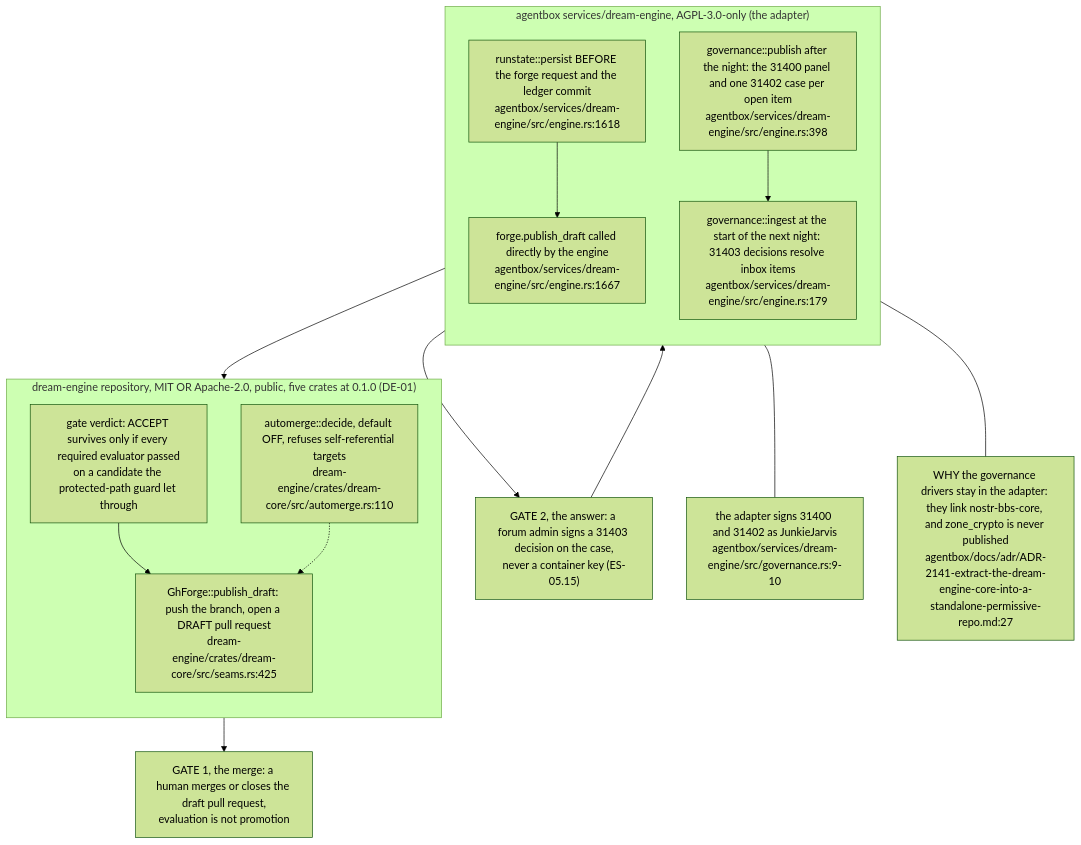
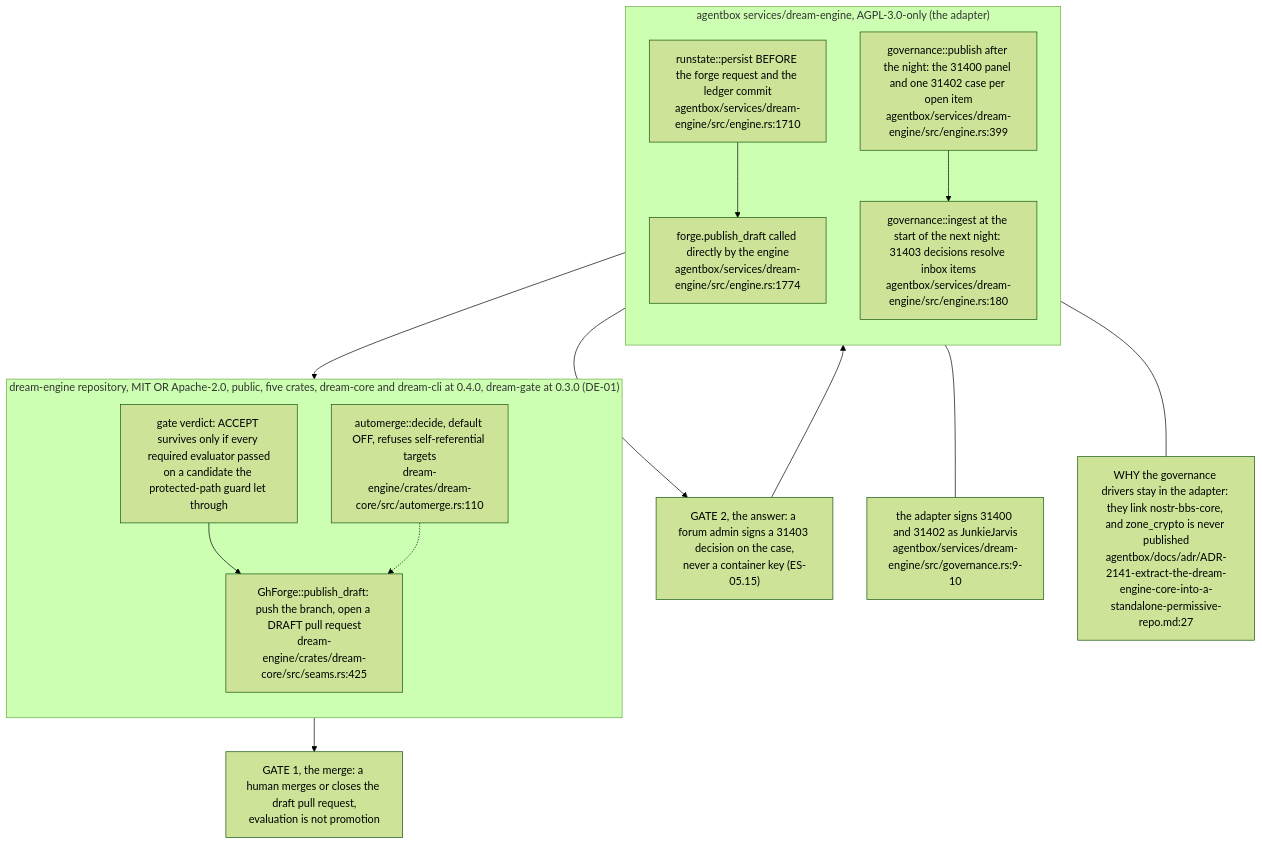
One commit to DreamLab-AI/VisionFlow changed diagram 12 of 12 in docs/diagrams/estate/05-governance-loop-across-estate.md. Above: the diagram before and after it, drawn with Mermaid (forest theme). The commit also changed other lines of this file and 160 other files, not shown here.

````diff
--- a/docs/diagrams/estate/05-governance-loop-across-estate.md
+++ b/docs/diagrams/estate/05-governance-loop-across-estate.md
@@ -388,30 +392,30 @@
 ```mermaid
 flowchart TB
-    subgraph CORE["dream-engine repository, MIT OR Apache-2.0, public, five crates at 0.1.0 (DE-01)"]
+    subgraph CORE["dream-engine repository, MIT OR Apache-2.0, public, five crates, dream-core and dream-cli at 0.4.0, dream-gate at 0.3.0 (DE-01)"]
         direction TB
         VER["gate verdict: ACCEPT survives only if every required evaluator passed<br/>on a candidate the protected-path guard let through"]
         FG["GhForge::publish_draft: push the branch, open a DRAFT pull request<br/>dream-engine/crates/dream-core/src/seams.rs:425"]
         AM["automerge::decide, default OFF, refuses self-referential targets<br/>dream-engine/crates/dream-core/src/automerge.rs:110"]
         VER --> FG
         AM -.-> FG
     end
     subgraph ADAPT["agentbox services/dream-engine, AGPL-3.0-only (the adapter)"]
         direction TB
-        PER["runstate::persist BEFORE the forge request and the ledger commit<br/>agentbox/services/dream-engine/src/engine.rs:1618"]
-        PUB["forge.publish_draft called directly by the engine<br/>agentbox/services/dream-engine/src/engine.rs:1667"]
-        GOVP["governance::publish after the night: the 31400 panel and one 31402 case per open item<br/>agentbox/services/dream-engine/src/engine.rs:398"]
-        GOVI["governance::ingest at the start of the next night: 31403 decisions resolve inbox items<br/>agentbox/services/dream-engine/src/engine.rs:179"]
+        PER["runstate::persist BEFORE the forge request and the ledger commit<br/>agentbox/services/dream-engine/src/engine.rs:1710"]
+        PUB["forge.publish_draft called directly by the engine<br/>agentbox/services/dream-engine/src/engine.rs:1774"]
+        GOVP["governance::publish after the night: the 31400 panel and one 31402 case per open item<br/>agentbox/services/dream-engine/src/engine.rs:399"]
+        GOVI["governance::ingest at the start of the next night: 31403 decisions resolve inbox items<br/>agentbox/services/dream-engine/src/engine.rs:180"]
         PER --> PUB
         GOVP --> GOVI
     end
     PUB --> FG
     PRM["GATE 1, the merge: a human merges or closes the draft pull request,<br/>evaluation is not promotion"]
     FG --> PRM
     FORUM["GATE 2, the answer: a forum admin signs a 31403 decision on the case,<br/>never a container key (ES-05.15)"]
     GOVP --> FORUM
     FORUM --> GOVI
     SIGN["the adapter signs 31400 and 31402 as JunkieJarvis<br/>agentbox/services/dream-engine/src/governance.rs:9-10"]
     GOVP --- SIGN
     WHY["WHY the governance drivers stay in the adapter: they link nostr-bbs-core, and zone_crypto is never published<br/>agentbox/docs/adr/ADR-2141-extract-the-dream-engine-core-into-a-standalone-permissive-repo.md:27"]
     ADAPT --- WHY
 ```
````
